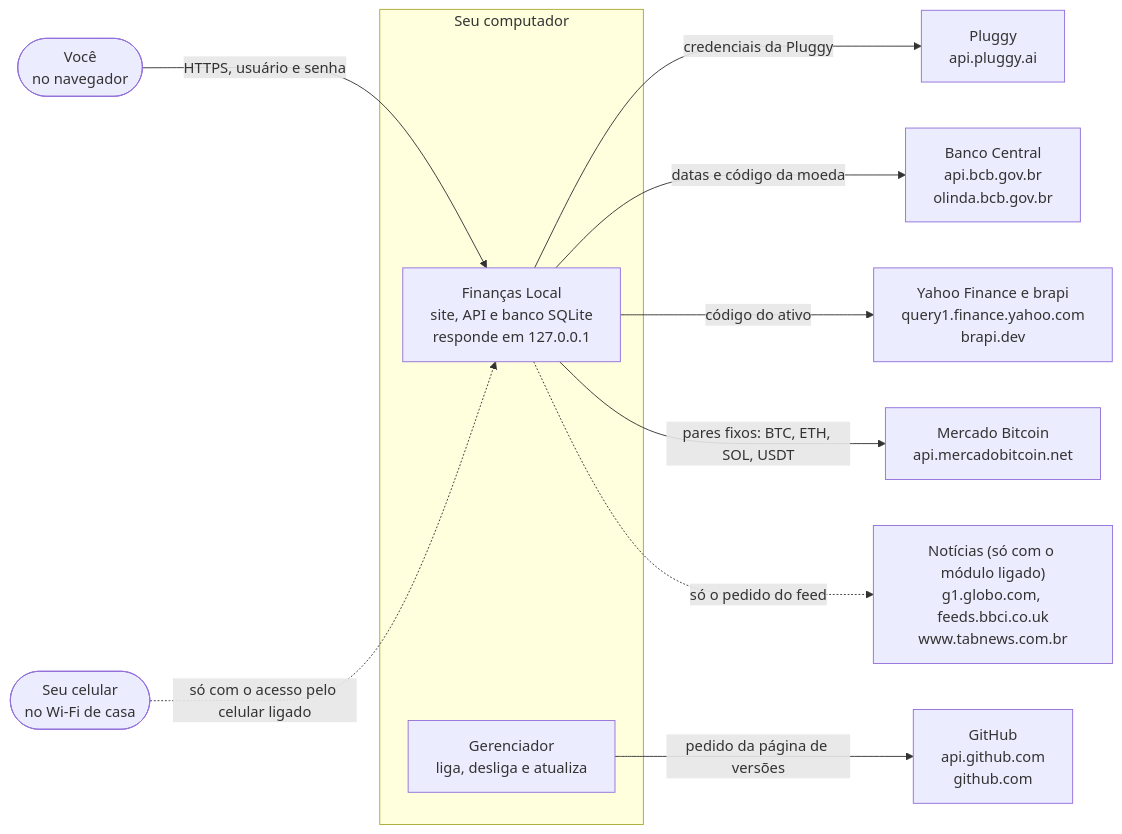
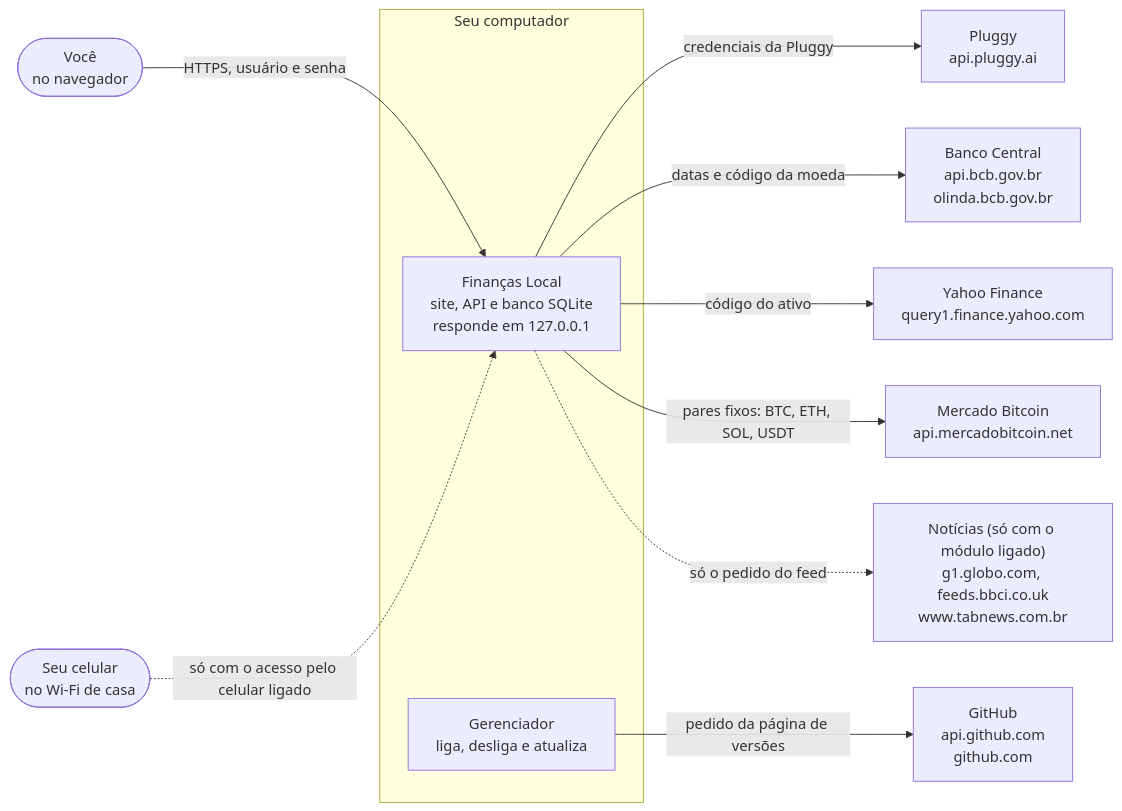
Before and after one commit to LucasDesenvGit/financas-local: the first of 3 diagrams in README.md, drawn with Mermaid. The commit also changed 49 other files, not shown here.

First line of the commit message:
feat(investimentos): cotações de ações e FIIs só pelo Yahoo, sem a brapi (#763)

````diff
--- a/README.md
+++ b/README.md
@@ -11,25 +11,25 @@
 ```mermaid
 flowchart LR
     %% Contexto do C4 (provisório até o HLD da #462)
     voce(["Você<br/>no navegador"])
     subgraph pc["Seu computador"]
         site["Finanças Local<br/>site, API e banco SQLite<br/>responde em 127.0.0.1"]
         ger["Gerenciador<br/>liga, desliga e atualiza"]
     end
     pluggy["Pluggy<br/>api.pluggy.ai"]
     bcb["Banco Central<br/>api.bcb.gov.br<br/>olinda.bcb.gov.br"]
-    cot["Yahoo Finance e brapi<br/>query1.finance.yahoo.com<br/>brapi.dev"]
+    cot["Yahoo Finance<br/>query1.finance.yahoo.com"]
     mb["Mercado Bitcoin<br/>api.mercadobitcoin.net"]
     gh["GitHub<br/>api.github.com<br/>github.com"]
     not["Notícias (só com o módulo ligado)<br/>g1.globo.com, feeds.bbci.co.uk<br/>www.tabnews.com.br"]
     cel(["Seu celular<br/>no Wi-Fi de casa"])
 
     voce -->|"HTTPS, usuário e senha"| site
     cel -.->|"só com o acesso pelo celular ligado"| site
     site -->|"credenciais da Pluggy"| pluggy
     site -->|"datas e código da moeda"| bcb
     site -->|"código do ativo"| cot
     site -->|"pares fixos: BTC, ETH, SOL, USDT"| mb
     ger -->|"pedido da página de versões"| gh
     site -.->|"só o pedido do feed"| not
 ```
````
